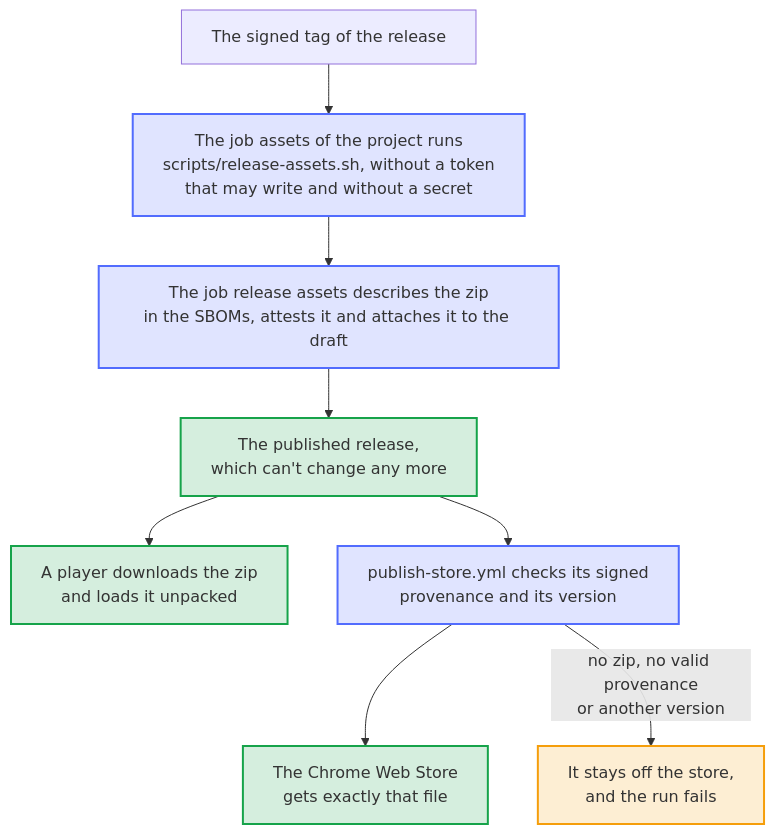
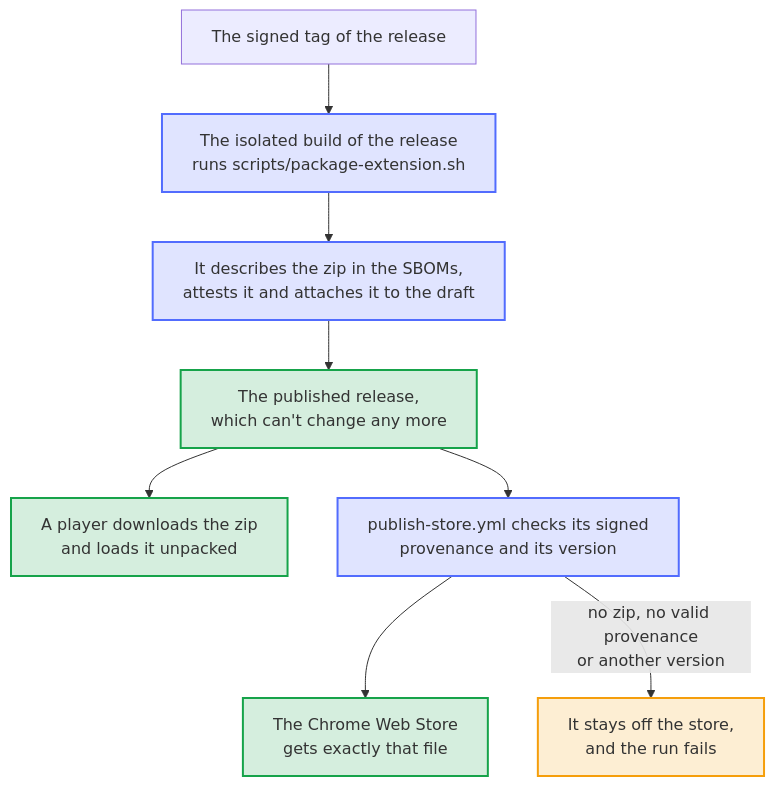
The diagram in docs/diagrams/one-zip.mmd (Dennis-Otto/player-switch-for-autodarts), drawn with Mermaid before and after one commit. The commit also changed 65 other files, not shown here.

First line of the commit message:
chore: use the Chrome extension project kind of the blueprint

```diff
--- a/docs/diagrams/one-zip.mmd
+++ b/docs/diagrams/one-zip.mmd
@@ -1,29 +1,29 @@
 ---
 config:
   flowchart:
     wrappingWidth: 400
 ---
 flowchart TB
     accTitle: One zip for the players and for the store
-    accDescr: From the signed tag, the job assets of the project runs scripts/release-assets.sh, without a token that may write and without a secret. The job release assets describes the zip in the SBOMs, attests it and attaches it to the draft, and the published release can't change any more. A player downloads the zip and loads it unpacked. publish-store.yml checks its signed provenance and its version, and the Chrome Web Store gets exactly that file; a release without the zip, a zip without a valid provenance or of another version stays off the store, and the run fails.
+    accDescr: From the signed tag, the isolated build of the release runs scripts/package-extension.sh, describes the zip in the SBOMs, attests it and attaches it to the draft, and the published release can't change any more. A player downloads the zip and loads it unpacked. publish-store.yml checks its signed provenance and its version, and the Chrome Web Store gets exactly that file; a release without the zip, a zip without a valid provenance or of another version stays off the store, and the run fails.
 
     tag["The signed tag of the release"]
-    hook["The job assets of the project runs<br>scripts/release-assets.sh, without a token<br>that may write and without a secret"]
-    attest["The job release assets describes the zip<br>in the SBOMs, attests it and attaches it to the draft"]
+    hook["The isolated build of the release<br>runs scripts/package-extension.sh"]
+    attest["It describes the zip in the SBOMs,<br>attests it and attaches it to the draft"]
     release["The published release,<br>which can't change any more"]
     player["A player downloads the zip<br>and loads it unpacked"]
     check["publish-store.yml checks its signed<br>provenance and its version"]
     store["The Chrome Web Store<br>gets exactly that file"]
     off["It stays off the store,<br>and the run fails"]
 
     tag --> hook --> attest --> release
     release --> player
     release --> check --> store
     check -- "no zip, no valid provenance<br>or another version" --> off
 
     classDef bot fill:#526cfe2e,stroke:#526cfe,stroke-width:2px
     classDef done fill:#16a34a2e,stroke:#16a34a,stroke-width:2px
     classDef person fill:#f59e0b2e,stroke:#f59e0b,stroke-width:2px
     class hook,attest,check bot
     class release,player,store done
     class off person
```
